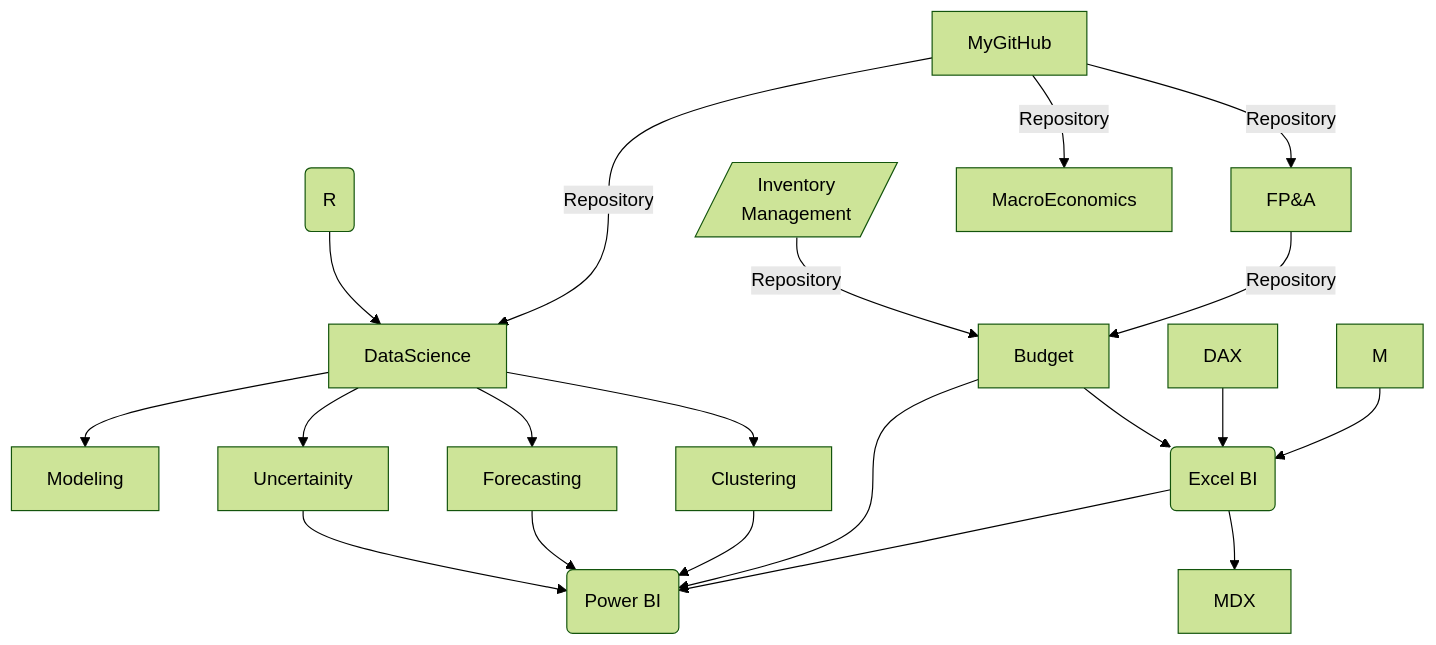
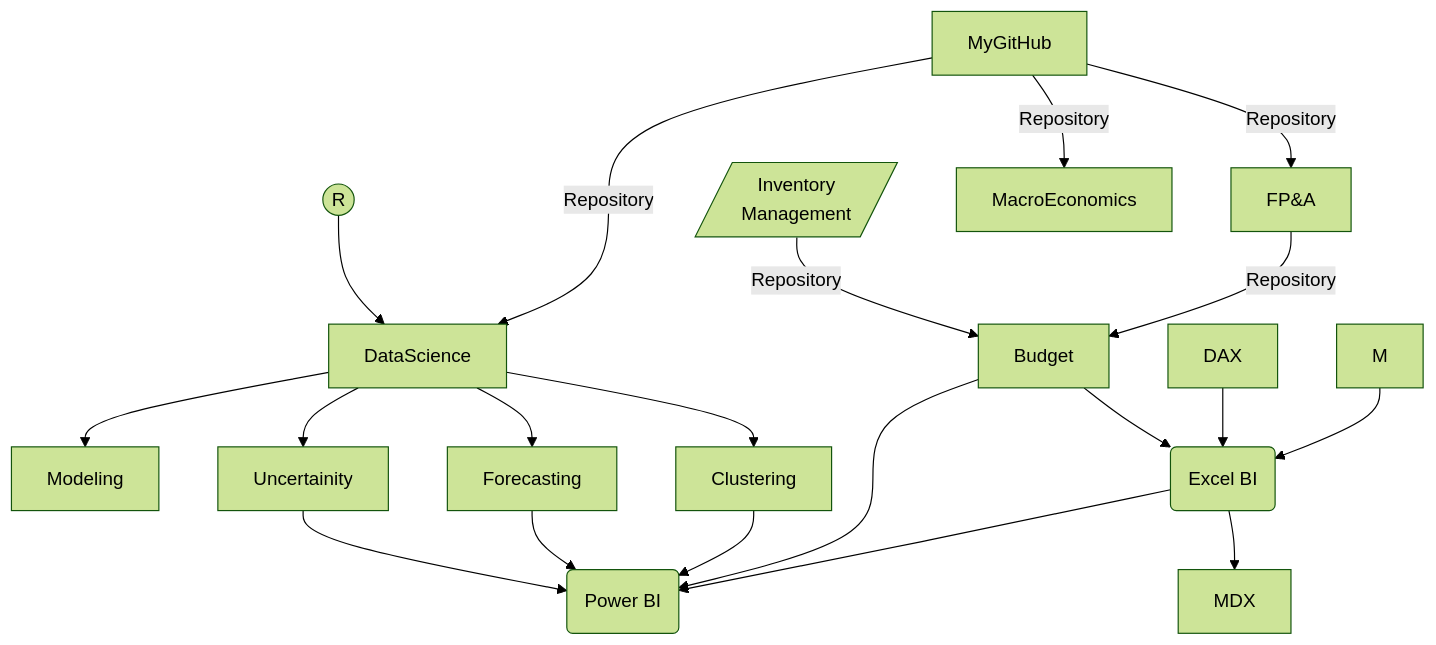
The diagram in README.md (md3629/md3629), drawn with Mermaid (forest theme) before and after one commit.

````diff
--- a/README.md
+++ b/README.md
@@ -9,22 +9,22 @@
 ```mermaid
 graph TD;
     MyGitHub-->|Repository|FP&A;
     Inv[/Inventory<br>Management/]-->|Repository|Budget;
     FP&A-->|Repository|Budget;
-    R(R)-->DataScience;
+    R((R))-->DataScience;
     MyGitHub-->|Repository|DataScience;
     MyGitHub-->|Repository|MacroEconomics;
     DataScience-->Modeling;
     DataScience-->Forecasting;
     DataScience-->Clustering;
     DataScience-->Uncertainity;
     Uncertainity-->P(Power BI);
     Forecasting-->P(Power BI);
     Clustering-->P(Power BI);
     Budget-->P(Power BI);
     Budget-->E(Excel BI);
     DAX-->E(Excel BI);
     M-->E(Excel BI);
     E(Excel BI)-->P(Power BI);
     E(Excel BI)-->MDX;
 ```
````
